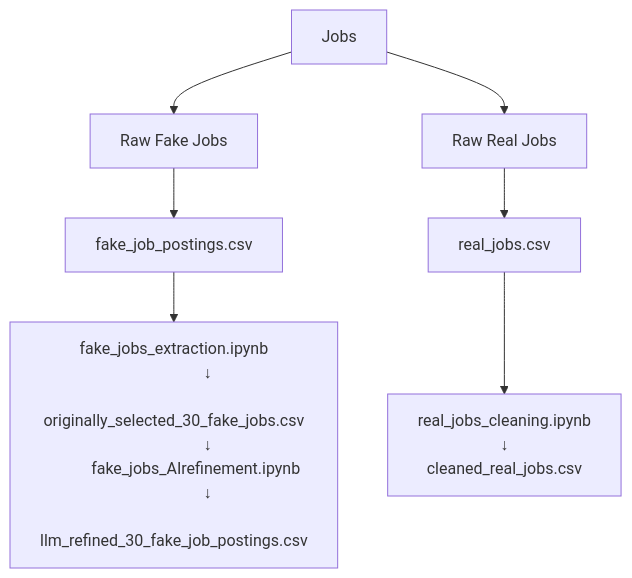
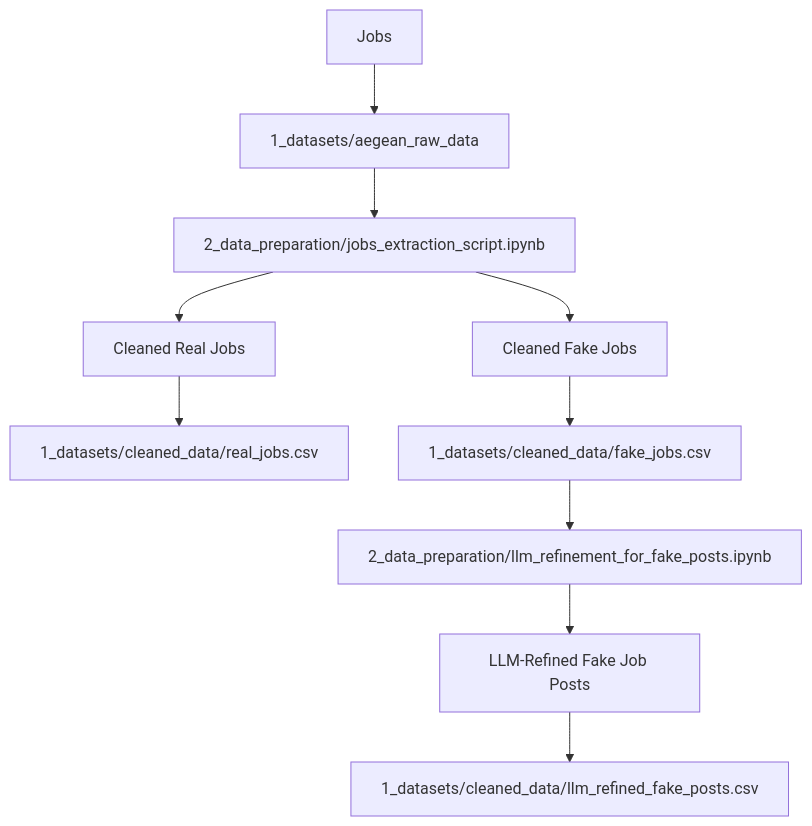
One commit to MIT-Emerging-Talent/ET6-CDSP-group-21-repo changed the diagram in 2_data_preparation/README.md. Above: the diagram before and after it, drawn with Mermaid. The commit also changed other lines of this file, not shown here.

Commit message:
worked on and updated the data preparation readme

````diff
--- a/2_data_preparation/README.md
+++ b/2_data_preparation/README.md
@@ -60,19 +55,12 @@
 ```mermaid
 graph TD
-    A[Jobs] --> B[Raw Fake Jobs]
-    A --> C[Raw Real Jobs]
-    B --> D[fake_job_postings.csv]
-    C --> E[real_jobs.csv]
-    D -->F[fake_jobs_extraction.ipynb
-                 ↓
-    originally_selected_30_fake_jobs.csv
-                 ↓
-           fake_jobs_AIrefinement.ipynb
-                 ↓
-    llm_refined_30_fake_job_postings.csv
-  ]
-  E --> G[real_jobs_cleaning.ipynb
-                 ↓
-           cleaned_real_jobs.csv
-  ]
+    A[Jobs] --> B[1_datasets/aegean_raw_data]
+    B --> C[2_data_preparation/jobs_extraction_script.ipynb]
+    C --> E[Cleaned Real Jobs]
+    C --> F[Cleaned Fake Jobs]
+    E --> G[1_datasets/cleaned_data/real_jobs.csv]
+    F --> H[1_datasets/cleaned_data/fake_jobs.csv]
+    H --> I[2_data_preparation/llm_refinement_for_fake_posts.ipynb]
+    I --> J[LLM-Refined Fake Job Posts]
+    J --> K[1_datasets/cleaned_data/llm_refined_fake_posts.csv]
 ```
````
